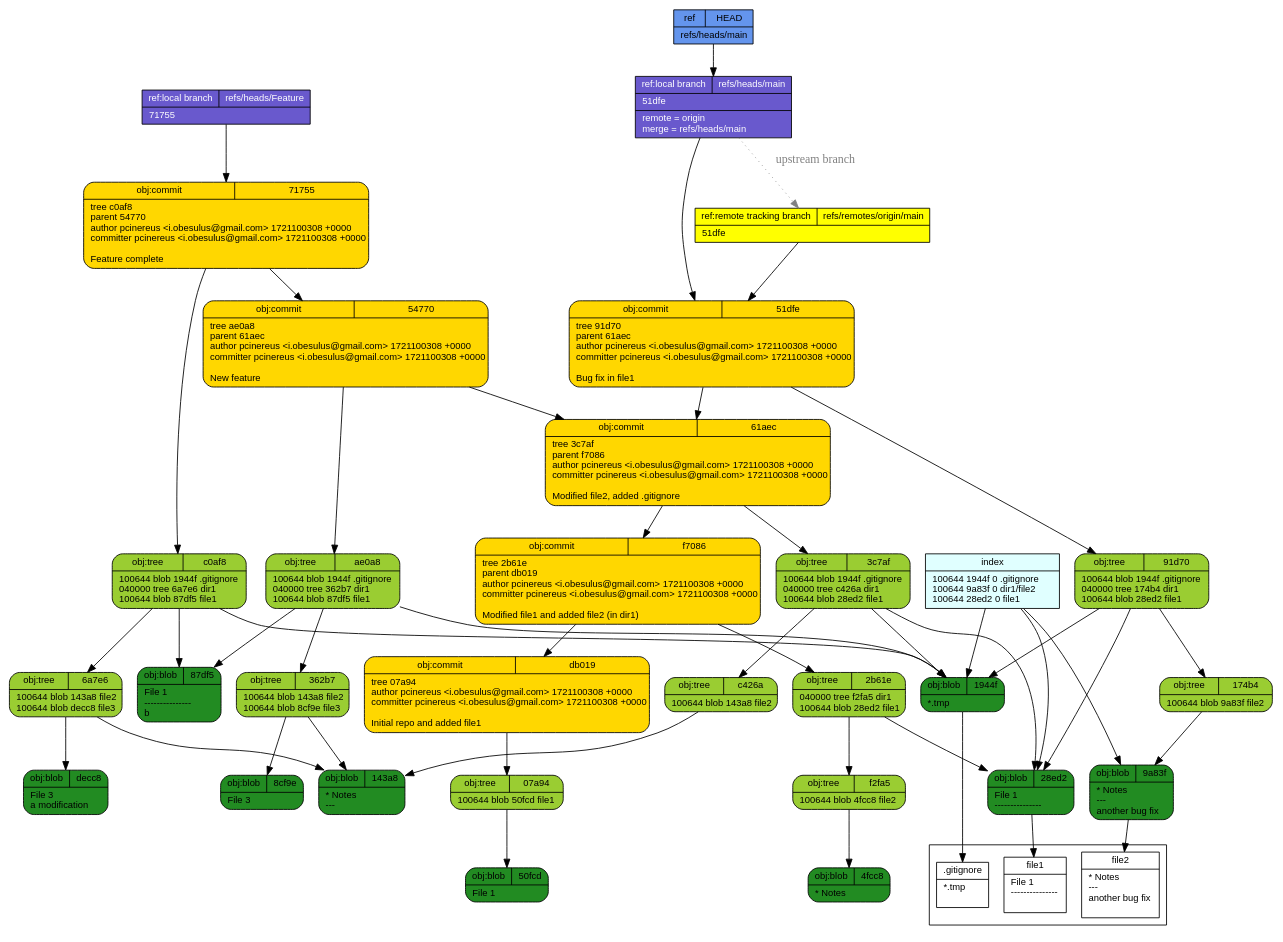
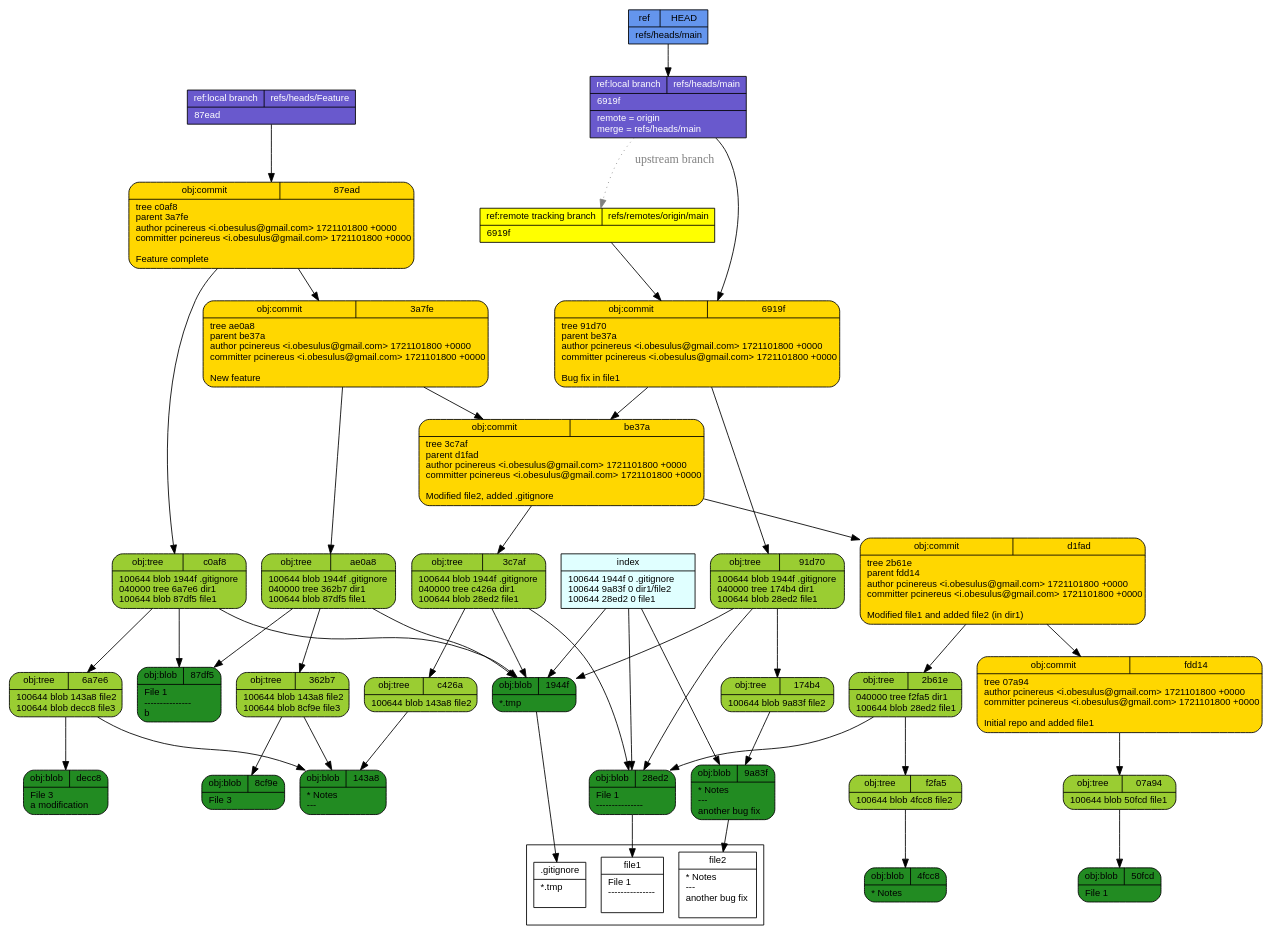
Before and after one commit to pcinereus/SUYRs_documents: the diagram in tut/git-draw.dot, drawn with Graphviz. The commit also changed 607 other files, not shown here.

```diff
--- a/tut/git-draw.dot
+++ b/tut/git-draw.dot
@@ -1,57 +1,57 @@
 digraph structs {
   node [shape=record,fontsize=11,fontname="arial"];
   rankdir="TB";
   _f2fa5 [fillcolor="yellowgreen", style="filled,rounded", label="{{obj:tree|f2fa5}|100644\ blob\ 4fcc8\	file2\l}"]  _f2fa5 -> _4fcc8
-  _54770 [fillcolor="gold", style="filled,rounded", label="{{obj:commit|54770}|tree\ ae0a8\lparent\ 61aec\lauthor\ pcinereus\ \<i\.obesulus\@gmail\.com\>\ 1721100308\ \+0000\lcommitter\ pcinereus\ \<i\.obesulus\@gmail\.com\>\ 1721100308\ \+0000\l\lNew\ feature\l}"]  _54770 -> _ae0a8
-  _54770 -> _61aec
+  _6919f [fillcolor="gold", style="filled,rounded", label="{{obj:commit|6919f}|tree\ 91d70\lparent\ be37a\lauthor\ pcinereus\ \<i\.obesulus\@gmail\.com\>\ 1721101800\ \+0000\lcommitter\ pcinereus\ \<i\.obesulus\@gmail\.com\>\ 1721101800\ \+0000\l\lBug\ fix\ in\ file1\l}"]  _6919f -> _91d70
+  _6919f -> _be37a
   _07a94 [fillcolor="yellowgreen", style="filled,rounded", label="{{obj:tree|07a94}|100644\ blob\ 50fcd\	file1\l}"]  _07a94 -> _50fcd
   _143a8 [fillcolor="forestgreen", style="filled,rounded", label="{{obj:blob|143a8}|\*\ Notes\l\-\-\-\l}"]  _c0af8 [fillcolor="yellowgreen", style="filled,rounded", label="{{obj:tree|c0af8}|100644\ blob\ 1944f\	\.gitignore\l040000\ tree\ 6a7e6\	dir1\l100644\ blob\ 87df5\	file1\l}"]  _c0af8 -> _1944f
   _c0af8 -> _6a7e6
   _c0af8 -> _87df5
-  _4fcc8 [fillcolor="forestgreen", style="filled,rounded", label="{{obj:blob|4fcc8}|\*\ Notes\l}"]  _71755 [fillcolor="gold", style="filled,rounded", label="{{obj:commit|71755}|tree\ c0af8\lparent\ 54770\lauthor\ pcinereus\ \<i\.obesulus\@gmail\.com\>\ 1721100308\ \+0000\lcommitter\ pcinereus\ \<i\.obesulus\@gmail\.com\>\ 1721100308\ \+0000\l\lFeature\ complete\l}"]  _71755 -> _c0af8
-  _71755 -> _54770
+  _4fcc8 [fillcolor="forestgreen", style="filled,rounded", label="{{obj:blob|4fcc8}|\*\ Notes\l}"]  _3a7fe [fillcolor="gold", style="filled,rounded", label="{{obj:commit|3a7fe}|tree\ ae0a8\lparent\ be37a\lauthor\ pcinereus\ \<i\.obesulus\@gmail\.com\>\ 1721101800\ \+0000\lcommitter\ pcinereus\ \<i\.obesulus\@gmail\.com\>\ 1721101800\ \+0000\l\lNew\ feature\l}"]  _3a7fe -> _ae0a8
+  _3a7fe -> _be37a
+  _fdd14 [fillcolor="gold", style="filled,rounded", label="{{obj:commit|fdd14}|tree\ 07a94\lauthor\ pcinereus\ \<i\.obesulus\@gmail\.com\>\ 1721101800\ \+0000\lcommitter\ pcinereus\ \<i\.obesulus\@gmail\.com\>\ 1721101800\ \+0000\l\lInitial\ repo\ and\ added\ file1\l}"]  _fdd14 -> _07a94
   _c426a [fillcolor="yellowgreen", style="filled,rounded", label="{{obj:tree|c426a}|100644\ blob\ 143a8\	file2\l}"]  _c426a -> _143a8
-  _1944f [fillcolor="forestgreen", style="filled,rounded", label="{{obj:blob|1944f}|\*\.tmp\l}"]  _50fcd [fillcolor="forestgreen", style="filled,rounded", label="{{obj:blob|50fcd}|File\ 1\l}"]  _61aec [fillcolor="gold", style="filled,rounded", label="{{obj:commit|61aec}|tree\ 3c7af\lparent\ f7086\lauthor\ pcinereus\ \<i\.obesulus\@gmail\.com\>\ 1721100308\ \+0000\lcommitter\ pcinereus\ \<i\.obesulus\@gmail\.com\>\ 1721100308\ \+0000\l\lModified\ file2\,\ added\ \.gitignore\l}"]  _61aec -> _3c7af
-  _61aec -> _f7086
-  _8cf9e [fillcolor="forestgreen", style="filled,rounded", label="{{obj:blob|8cf9e}|File\ 3\l}"]  _db019 [fillcolor="gold", style="filled,rounded", label="{{obj:commit|db019}|tree\ 07a94\lauthor\ pcinereus\ \<i\.obesulus\@gmail\.com\>\ 1721100308\ \+0000\lcommitter\ pcinereus\ \<i\.obesulus\@gmail\.com\>\ 1721100308\ \+0000\l\lInitial\ repo\ and\ added\ file1\l}"]  _db019 -> _07a94
+  _1944f [fillcolor="forestgreen", style="filled,rounded", label="{{obj:blob|1944f}|\*\.tmp\l}"]  _50fcd [fillcolor="forestgreen", style="filled,rounded", label="{{obj:blob|50fcd}|File\ 1\l}"]  _8cf9e [fillcolor="forestgreen", style="filled,rounded", label="{{obj:blob|8cf9e}|File\ 3\l}"]  _d1fad [fillcolor="gold", style="filled,rounded", label="{{obj:commit|d1fad}|tree\ 2b61e\lparent\ fdd14\lauthor\ pcinereus\ \<i\.obesulus\@gmail\.com\>\ 1721101800\ \+0000\lcommitter\ pcinereus\ \<i\.obesulus\@gmail\.com\>\ 1721101800\ \+0000\l\lModified\ file1\ and\ added\ file2\ \(in\ dir1\)\l}"]  _d1fad -> _2b61e
+  _d1fad -> _fdd14
   _91d70 [fillcolor="yellowgreen", style="filled,rounded", label="{{obj:tree|91d70}|100644\ blob\ 1944f\	\.gitignore\l040000\ tree\ 174b4\	dir1\l100644\ blob\ 28ed2\	file1\l}"]  _91d70 -> _1944f
   _91d70 -> _174b4
   _91d70 -> _28ed2
-  _9a83f [fillcolor="forestgreen", style="filled,rounded", label="{{obj:blob|9a83f}|\*\ Notes\l\-\-\-\l\ another\ bug\ fix\l}"]  _ae0a8 [fillcolor="yellowgreen", style="filled,rounded", label="{{obj:tree|ae0a8}|100644\ blob\ 1944f\	\.gitignore\l040000\ tree\ 362b7\	dir1\l100644\ blob\ 87df5\	file1\l}"]  _ae0a8 -> _1944f
+  _9a83f [fillcolor="forestgreen", style="filled,rounded", label="{{obj:blob|9a83f}|\*\ Notes\l\-\-\-\l\ another\ bug\ fix\l}"]  _be37a [fillcolor="gold", style="filled,rounded", label="{{obj:commit|be37a}|tree\ 3c7af\lparent\ d1fad\lauthor\ pcinereus\ \<i\.obesulus\@gmail\.com\>\ 1721101800\ \+0000\lcommitter\ pcinereus\ \<i\.obesulus\@gmail\.com\>\ 1721101800\ \+0000\l\lModified\ file2\,\ added\ \.gitignore\l}"]  _be37a -> _3c7af
+  _be37a -> _d1fad
+  _ae0a8 [fillcolor="yellowgreen", style="filled,rounded", label="{{obj:tree|ae0a8}|100644\ blob\ 1944f\	\.gitignore\l040000\ tree\ 362b7\	dir1\l100644\ blob\ 87df5\	file1\l}"]  _ae0a8 -> _1944f
   _ae0a8 -> _362b7
   _ae0a8 -> _87df5
   _2b61e [fillcolor="yellowgreen", style="filled,rounded", label="{{obj:tree|2b61e}|040000\ tree\ f2fa5\	dir1\l100644\ blob\ 28ed2\	file1\l}"]  _2b61e -> _f2fa5
   _2b61e -> _28ed2
+  _87ead [fillcolor="gold", style="filled,rounded", label="{{obj:commit|87ead}|tree\ c0af8\lparent\ 3a7fe\lauthor\ pcinereus\ \<i\.obesulus\@gmail\.com\>\ 1721101800\ \+0000\lcommitter\ pcinereus\ \<i\.obesulus\@gmail\.com\>\ 1721101800\ \+0000\l\lFeature\ complete\l}"]  _87ead -> _c0af8
+  _87ead -> _3a7fe
   _87df5 [fillcolor="forestgreen", style="filled,rounded", label="{{obj:blob|87df5}|File\ 1\l\-\-\-\-\-\-\-\-\-\-\-\-\-\-\-\lb\l}"]  _362b7 [fillcolor="yellowgreen", style="filled,rounded", label="{{obj:tree|362b7}|100644\ blob\ 143a8\	file2\l100644\ blob\ 8cf9e\	file3\l}"]  _362b7 -> _143a8
   _362b7 -> _8cf9e
   _3c7af [fillcolor="yellowgreen", style="filled,rounded", label="{{obj:tree|3c7af}|100644\ blob\ 1944f\	\.gitignore\l040000\ tree\ c426a\	dir1\l100644\ blob\ 28ed2\	file1\l}"]  _3c7af -> _1944f
   _3c7af -> _c426a
   _3c7af -> _28ed2
   _28ed2 [fillcolor="forestgreen", style="filled,rounded", label="{{obj:blob|28ed2}|File\ 1\l\-\-\-\-\-\-\-\-\-\-\-\-\-\-\-\l}"]  _6a7e6 [fillcolor="yellowgreen", style="filled,rounded", label="{{obj:tree|6a7e6}|100644\ blob\ 143a8\	file2\l100644\ blob\ decc8\	file3\l}"]  _6a7e6 -> _143a8
   _6a7e6 -> _decc8
   _174b4 [fillcolor="yellowgreen", style="filled,rounded", label="{{obj:tree|174b4}|100644\ blob\ 9a83f\	file2\l}"]  _174b4 -> _9a83f
-  _decc8 [fillcolor="forestgreen", style="filled,rounded", label="{{obj:blob|decc8}|File\ 3\l\ a\ modification\l}"]  _51dfe [fillcolor="gold", style="filled,rounded", label="{{obj:commit|51dfe}|tree\ 91d70\lparent\ 61aec\lauthor\ pcinereus\ \<i\.obesulus\@gmail\.com\>\ 1721100308\ \+0000\lcommitter\ pcinereus\ \<i\.obesulus\@gmail\.com\>\ 1721100308\ \+0000\l\lBug\ fix\ in\ file1\l}"]  _51dfe -> _91d70
-  _51dfe -> _61aec
-  _f7086 [fillcolor="gold", style="filled,rounded", label="{{obj:commit|f7086}|tree\ 2b61e\lparent\ db019\lauthor\ pcinereus\ \<i\.obesulus\@gmail\.com\>\ 1721100308\ \+0000\lcommitter\ pcinereus\ \<i\.obesulus\@gmail\.com\>\ 1721100308\ \+0000\l\lModified\ file1\ and\ added\ file2\ \(in\ dir1\)\l}"]  _f7086 -> _2b61e
-  _f7086 -> _db019
-  _refs___heads___Feature [style=filled, fillcolor=slateblue3, fontcolor = white,  label="{{ref:local branch|refs\/heads\/Feature}|71755\l}"]
-  _refs___heads___Feature -> _71755
+  _decc8 [fillcolor="forestgreen", style="filled,rounded", label="{{obj:blob|decc8}|File\ 3\l\ a\ modification\l}"]  _refs___heads___Feature [style=filled, fillcolor=slateblue3, fontcolor = white,  label="{{ref:local branch|refs\/heads\/Feature}|87ead\l}"]
+  _refs___heads___Feature -> _87ead
   _refs___heads___main -> _refs___remotes___origin___main [style=dotted, color=gray, fontcolor=gray, label="upstream branch"]
-  _refs___heads___main [style=filled, fillcolor=slateblue3, fontcolor = white,  label="{{ref:local branch|refs\/heads\/main}|51dfe\l|remote\ \=\ origin\lmerge\ \=\ refs\/heads\/main\l}"]
-  _refs___heads___main -> _51dfe
-  _refs___remotes___origin___main [style=filled, fillcolor=yellow, fontcolor = black,  label="{{ref:remote tracking branch|refs\/remotes\/origin\/main}|51dfe\l}"]
-  _refs___remotes___origin___main -> _51dfe
+  _refs___heads___main [style=filled, fillcolor=slateblue3, fontcolor = white,  label="{{ref:local branch|refs\/heads\/main}|6919f\l|remote\ \=\ origin\lmerge\ \=\ refs\/heads\/main\l}"]
+  _refs___heads___main -> _6919f
+  _refs___remotes___origin___main [style=filled, fillcolor=yellow, fontcolor = black,  label="{{ref:remote tracking branch|refs\/remotes\/origin\/main}|6919f\l}"]
+  _refs___remotes___origin___main -> _6919f
   _HEAD [style=filled, fillcolor=cornflowerblue, fontcolor=black,  label="{{ref|HEAD}|refs\/heads\/main\l}"]
   _HEAD -> _refs___heads___main
   index -> _1944f
   index -> _9a83f
   index -> _28ed2
   index [style=filled, fillcolor=lightcyan, label="{{index}|100644\ 1944f\ 0\	\.gitignore\l100644\ 9a83f\ 0\	dir1\/file2\l100644\ 28ed2\ 0\	file1\l}"]
 subgraph cluster_1 {rank=sink  _gitignore [fillcolor="white", label="{{.gitignore}|*.tmp\l\l}"] 
   _file2 [fillcolor="white", label="{{file2}|* Notes\l---\l another bug fix\l\l}"] 
   _file1 [fillcolor="white", label="{{file1}|File 1\l---------------\l\l}"] 
 }
  _1944f -> _gitignore
  _9a83f -> _file2
  _28ed2 -> _file1
 }
```
